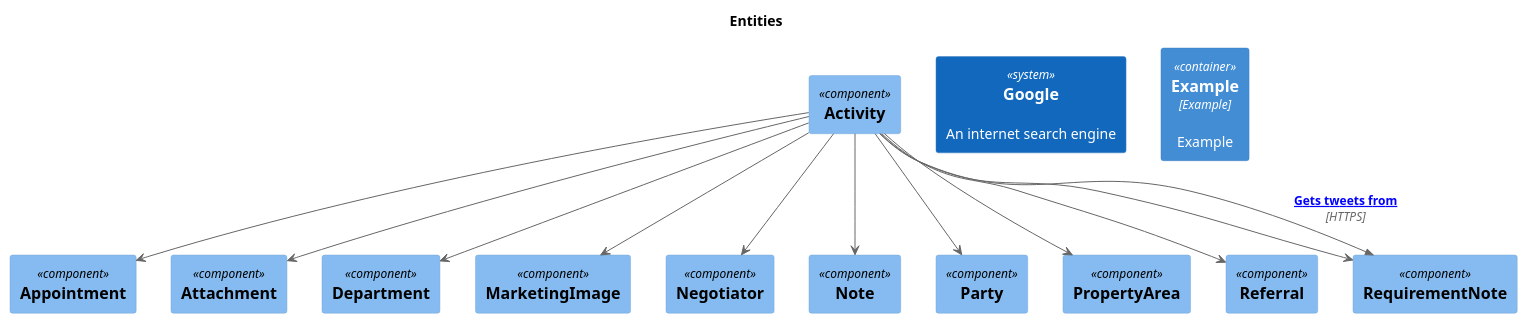
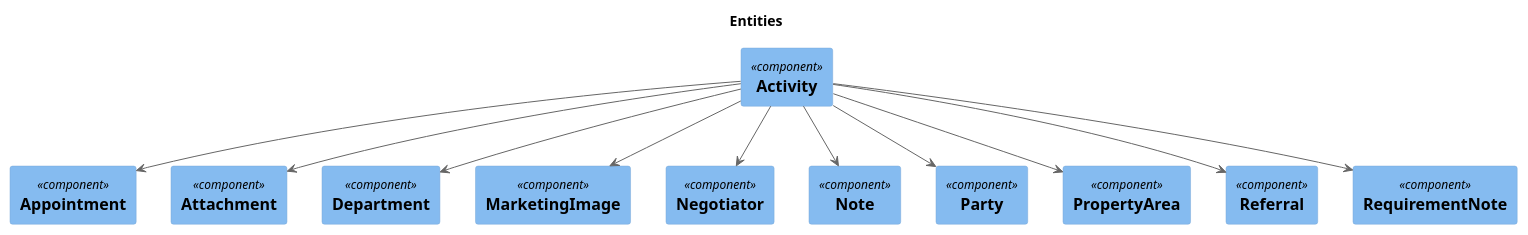
The diagram in assets/Stratergy/Database/Entities.puml (Kf-GaryNewport/Kf-GaryNewport.github.io), drawn with PlantUML before and after one commit.

```diff
--- a/assets/Stratergy/Database/Entities.puml
+++ b/assets/Stratergy/Database/Entities.puml
@@ -1,39 +1,35 @@
 @startuml
 
 title Entities 
 
 'left to right direction
 
 !includeurl https://raw.githubusercontent.com/RicardoNiepel/C4-PlantUML/master/C4_Component.puml
 
-Component( Activity, "Activity", "") 
+Component( Activity, "Activity", "") [[https://knightfrank.visualstudio.com/Database%20Development/_wiki/wikis/Database%20Development.wiki/1699/Activity]]
 Component( Appointment, "Appointment", "") 
 Component( Attachment, "Attachment", "") 
 Component( Department, "Department", "") 
 Component( MarketingImage, "MarketingImage", "") 
 Component( Negotiator, "Negotiator", "") 
 Component( Note, "Note", "") 
 Component( Party, "Party", "") 
 Component( PropertyArea, "PropertyArea", "") 
 Component( Referral, "Referral", "") 
 Component( RequirementNote, "RequirementNote", "") 
 
 
 Activity --> Appointment
 Activity --> Attachment
 Activity --> Department
 Activity --> MarketingImage
 Activity --> Negotiator
 Activity --> Note
 Activity --> Party
 Activity --> PropertyArea
 Activity --> Referral
 Activity --> RequirementNote
 
-System(google[[https://google.com]], "Google", "An internet search engine")
-/' or '/
-Container(example, "Example", "Example", "Example") [[https://google.com]]
-Rel(Activity, RequirementNote, "Gets tweets from", "HTTPS", $link="https://plantuml.com/link")
 
 
 @enduml
```
